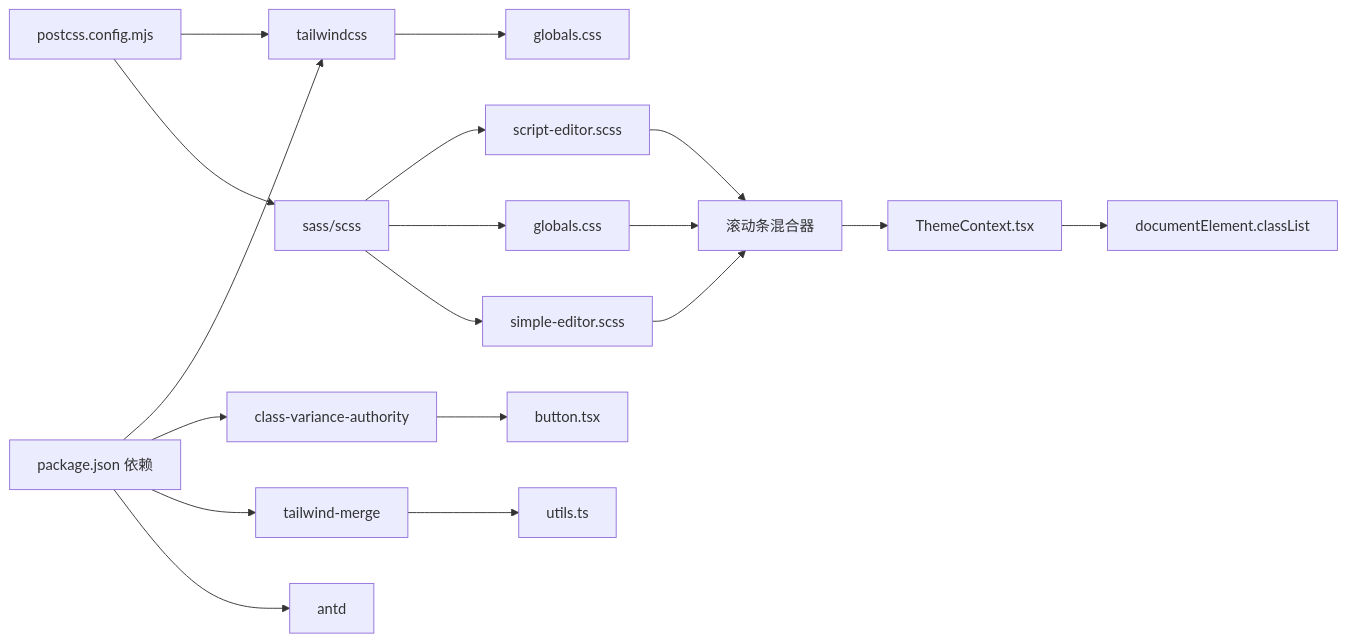
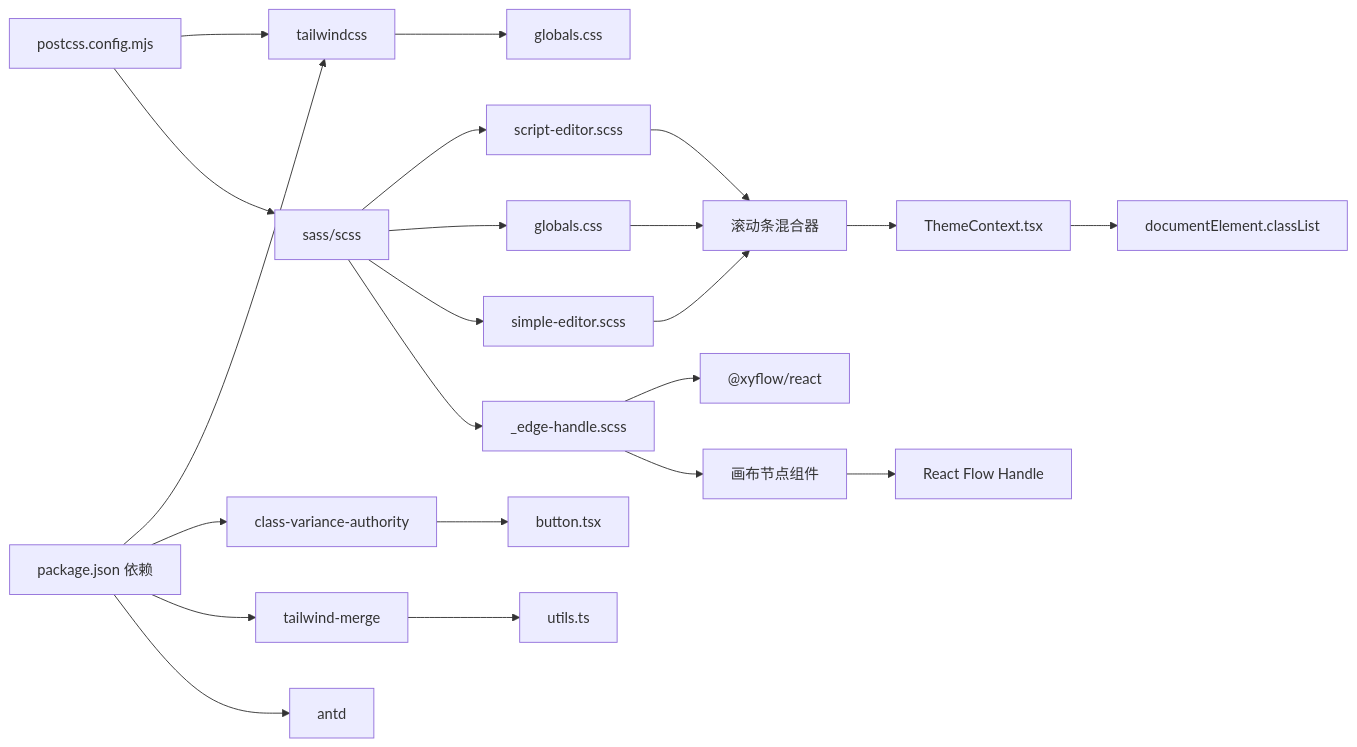
One commit to KunLabAI/KunFlix changed diagram 12 of 12 in .qoder/repowiki/zh/content/前端应用架构/UI组件库/主题与样式系统.md. Above: the diagram before and after it, drawn with Mermaid. The commit also changed other lines of this file and 9 other files, not shown here.

````diff
--- a/.qoder/repowiki/zh/content/前端应用架构/UI组件库/主题与样式系统.md
+++ b/.qoder/repowiki/zh/content/前端应用架构/UI组件库/主题与样式系统.md
@@ -410,20 +530,24 @@
 ```mermaid
 graph LR
 P["package.json 依赖"] --> TW["tailwindcss"]
 P --> CVA["class-variance-authority"]
 P --> TM["tailwind-merge"]
 P --> AD["antd"]
 PC["postcss.config.mjs"] --> TW
 PC --> SCSS["sass/scss"]
 TW --> GC["globals.css"]
 SCSS --> SE["script-editor.scss"]
 SCSS --> GS["globals.css"]
 SCSS --> ST["simple-editor.scss"]
+SCSS --> EH["_edge-handle.scss"]
 CVA --> BTN["button.tsx"]
 TM --> UT["utils.ts"]
 SE --> MIXIN["滚动条混合器"]
 GS --> MIXIN
 ST --> MIXIN
 MIXIN --> THEME["ThemeContext.tsx"]
 THEME --> DOM["documentElement.classList"]
+EH --> RF["@xyflow/react"]
+EH --> NODES["画布节点组件"]
+NODES --> HANDLE["React Flow Handle"]
 ```
````
